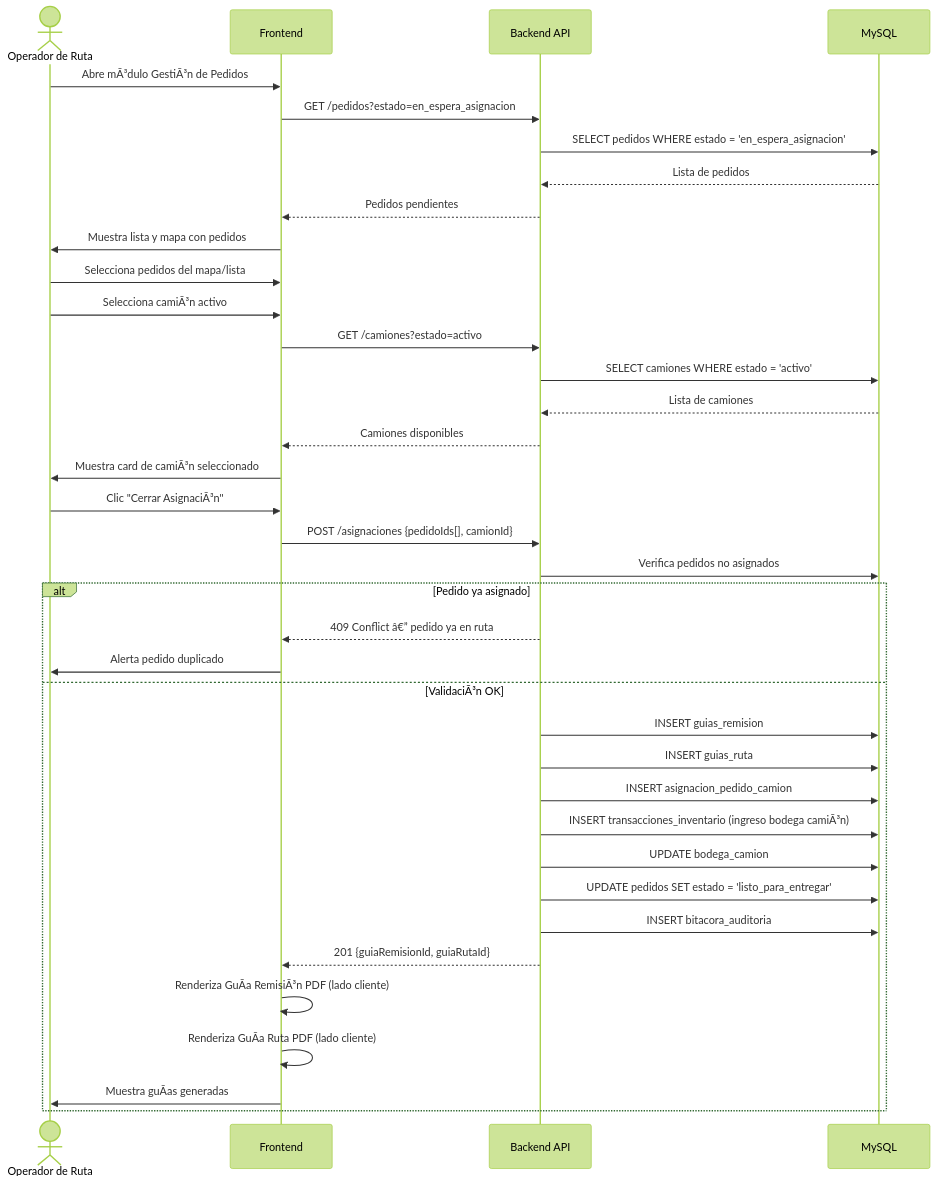
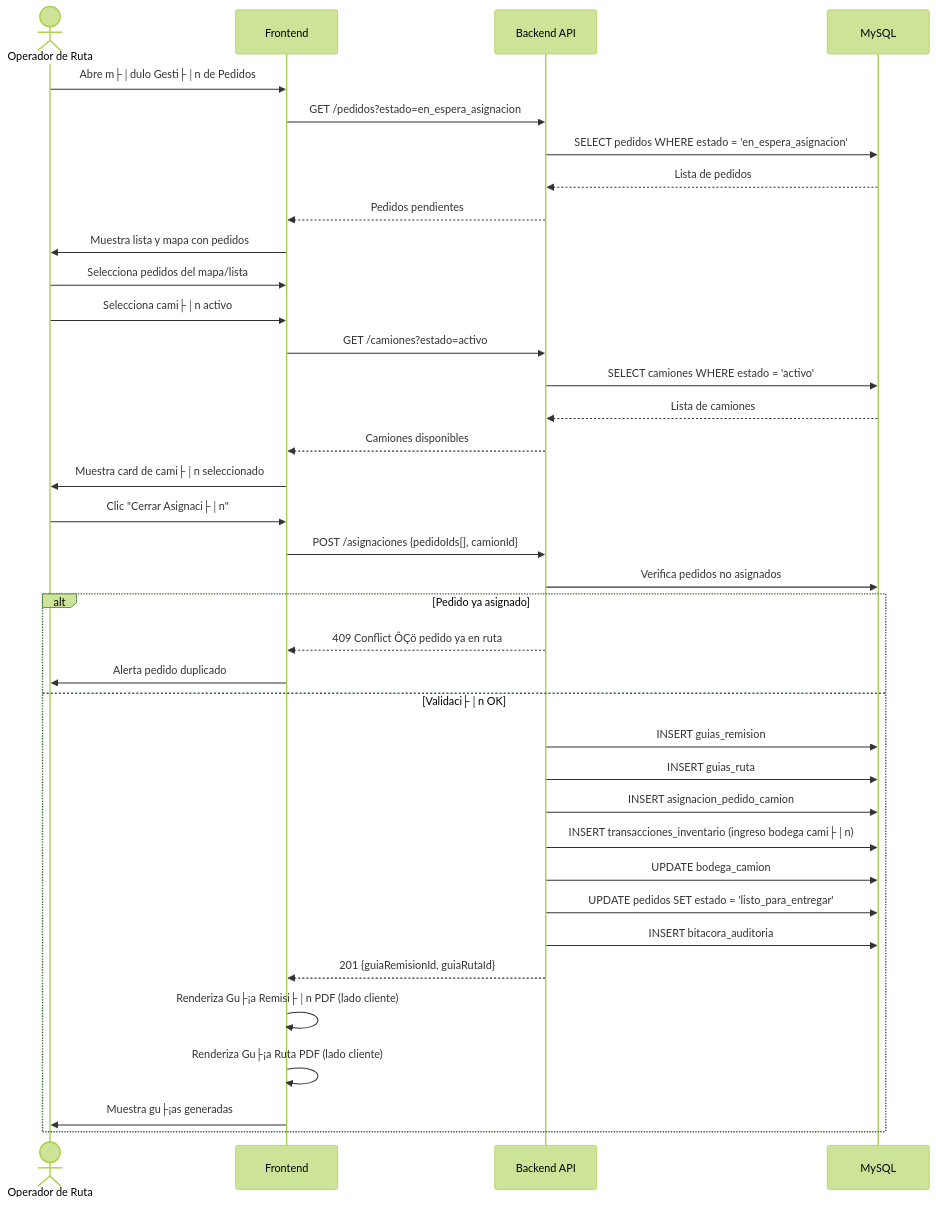
The fourth of 23 diagrams in docs/especificacion.md (UNIPI6TO/PI-ECOMMERCE-FRITOLAY), drawn with Mermaid (forest theme) before and after one commit. The commit also changed other lines of this file, not shown here.

````diff
--- a/docs/especificacion.md
+++ b/docs/especificacion.md
@@ -959,42 +959,42 @@
 ```mermaid
 sequenceDiagram
     actor Operador as Operador de Ruta
     participant FE as Frontend
     participant API as Backend API
     participant DB as MySQL
 
-    Operador->>FE: Abre mÃ³dulo GestiÃ³n de Pedidos
+    Operador->>FE: Abre m├│dulo Gesti├│n de Pedidos
     FE->>API: GET /pedidos?estado=en_espera_asignacion
     API->>DB: SELECT pedidos WHERE estado = 'en_espera_asignacion'
     DB-->>API: Lista de pedidos
     API-->>FE: Pedidos pendientes
     FE->>Operador: Muestra lista y mapa con pedidos
 
     Operador->>FE: Selecciona pedidos del mapa/lista
-    Operador->>FE: Selecciona camiÃ³n activo
+    Operador->>FE: Selecciona cami├│n activo
     FE->>API: GET /camiones?estado=activo
     API->>DB: SELECT camiones WHERE estado = 'activo'
     DB-->>API: Lista de camiones
     API-->>FE: Camiones disponibles
-    FE->>Operador: Muestra card de camiÃ³n seleccionado
+    FE->>Operador: Muestra card de cami├│n seleccionado
 
-    Operador->>FE: Clic "Cerrar AsignaciÃ³n"
+    Operador->>FE: Clic "Cerrar Asignaci├│n"
     FE->>API: POST /asignaciones {pedidoIds[], camionId}
     API->>DB: Verifica pedidos no asignados
     alt Pedido ya asignado
-        API-->>FE: 409 Conflict â€” pedido ya en ruta
+        API-->>FE: 409 Conflict ÔÇö pedido ya en ruta
         FE->>Operador: Alerta pedido duplicado
-    else ValidaciÃ³n OK
+    else Validaci├│n OK
         API->>DB: INSERT guias_remision
         API->>DB: INSERT guias_ruta
         API->>DB: INSERT asignacion_pedido_camion
-        API->>DB: INSERT transacciones_inventario (ingreso bodega camiÃ³n)
+        API->>DB: INSERT transacciones_inventario (ingreso bodega cami├│n)
         API->>DB: UPDATE bodega_camion
         API->>DB: UPDATE pedidos SET estado = 'listo_para_entregar'
         API->>DB: INSERT bitacora_auditoria
         API-->>FE: 201 {guiaRemisionId, guiaRutaId}
-        FE->>FE: Renderiza GuÃ­a RemisiÃ³n PDF (lado cliente)
-        FE->>FE: Renderiza GuÃ­a Ruta PDF (lado cliente)
-        FE->>Operador: Muestra guÃ­as generadas
+        FE->>FE: Renderiza Gu├¡a Remisi├│n PDF (lado cliente)
+        FE->>FE: Renderiza Gu├¡a Ruta PDF (lado cliente)
+        FE->>Operador: Muestra gu├¡as generadas
     end
 ```
````
